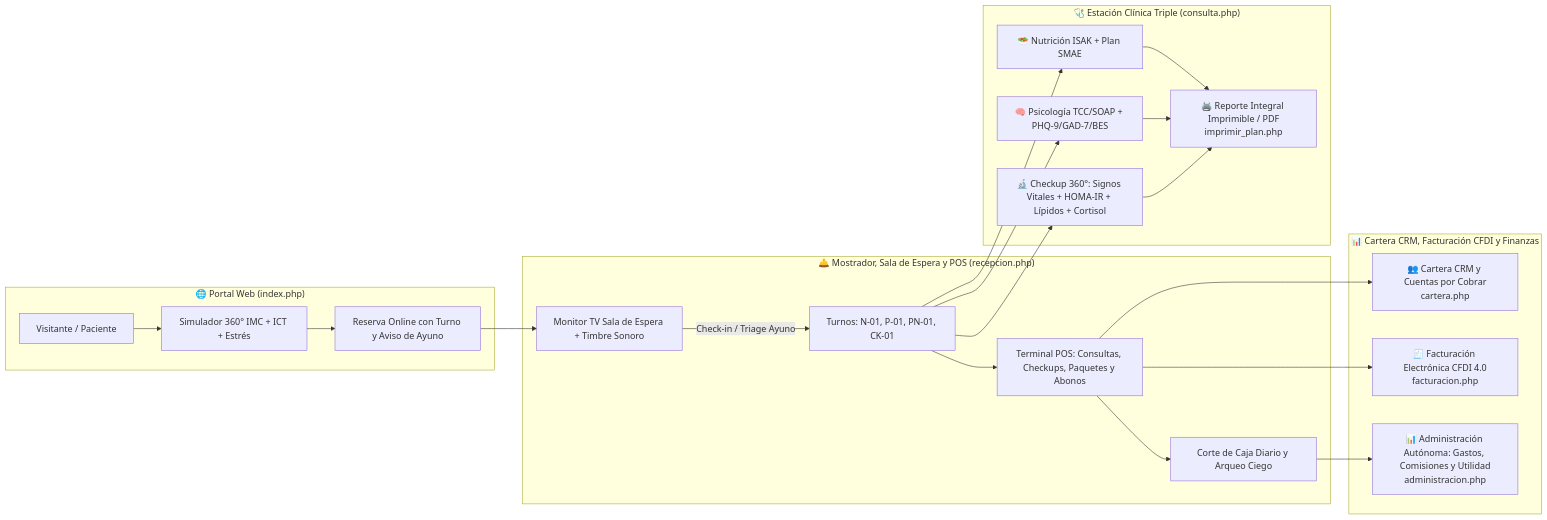
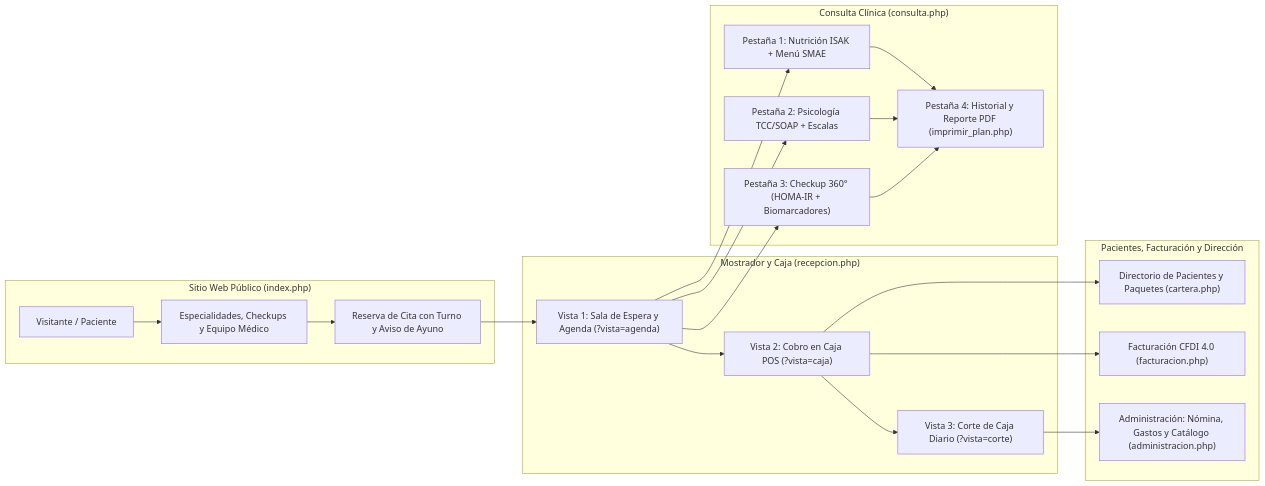
Before and after one commit to Skullnietz/nutricare-pro-cpanel: the first of 2 diagrams in README.md, drawn with Mermaid. The commit also changed other lines of this file and 4 other files, not shown here.

Commit message:
docs & assets: update SVG screen previews and README architecture to match natural UI and sidebar layout

````diff
--- a/README.md
+++ b/README.md
@@ -44,27 +44,26 @@
 ```mermaid
 flowchart LR
-    subgraph Web["🌐 Portal Web (index.php)"]
-        A[Visitante / Paciente] --> B[Simulador 360° IMC + ICT + Estrés]
-        B --> C[Reserva Online con Turno y Aviso de Ayuno]
+    subgraph Web["Sitio Web Público (index.php)"]
+        A["Visitante / Paciente"] --> B["Especialidades, Checkups y Equipo Médico"]
+        B --> C["Reserva de Cita con Turno y Aviso de Ayuno"]
     end
 
-    subgraph Mostrador["🛎️ Mostrador, Sala de Espera y POS (recepcion.php)"]
-        C --> D[Monitor TV Sala de Espera + Timbre Sonoro]
-        D -->|Check-in / Triage Ayuno| E[Turnos: N-01, P-01, PN-01, CK-01]
-        E --> F[Terminal POS: Consultas, Checkups, Paquetes y Abonos]
-        F --> G[Corte de Caja Diario y Arqueo Ciego]
+    subgraph Mostrador["Mostrador y Caja (recepcion.php)"]
+        C --> D["Vista 1: Sala de Espera y Agenda (?vista=agenda)"]
+        D --> E["Vista 2: Cobro en Caja POS (?vista=caja)"]
+        E --> F["Vista 3: Corte de Caja Diario (?vista=corte)"]
     end
 
-    subgraph Clinica["🩺 Estación Clínica Triple (consulta.php)"]
-        E --> H1[🥗 Nutrición ISAK + Plan SMAE]
-        E --> H2[🧠 Psicología TCC/SOAP + PHQ-9/GAD-7/BES]
-        E --> H3[🔬 Checkup 360°: Signos Vitales + HOMA-IR + Lípidos + Cortisol]
-        H1 & H2 & H3 --> I[🖨️ Reporte Integral Imprimible / PDF\nimprimir_plan.php]
+    subgraph Clinica["Consulta Clínica (consulta.php)"]
+        D --> G1["Pestaña 1: Nutrición ISAK + Menú SMAE"]
+        D --> G2["Pestaña 2: Psicología TCC/SOAP + Escalas"]
+        D --> G3["Pestaña 3: Checkup 360° (HOMA-IR + Biomarcadores)"]
+        G1 & G2 & G3 --> H["Pestaña 4: Historial y Reporte PDF (imprimir_plan.php)"]
     end
 
-    subgraph Backoffice["📊 Cartera CRM, Facturación CFDI y Finanzas"]
-        F --> J[👥 Cartera CRM y Cuentas por Cobrar\ncartera.php]
-        F --> K[🧾 Facturación Electrónica CFDI 4.0\nfacturacion.php]
-        G --> L[📊 Administración Autónoma: Gastos, Comisiones y Utilidad\nadministracion.php]
+    subgraph Backoffice["Pacientes, Facturación y Dirección"]
+        E --> I["Directorio de Pacientes y Paquetes (cartera.php)"]
+        E --> J["Facturación CFDI 4.0 (facturacion.php)"]
+        F --> K["Administración: Nómina, Gastos y Catálogo (administracion.php)"]
     end
 ```
````
